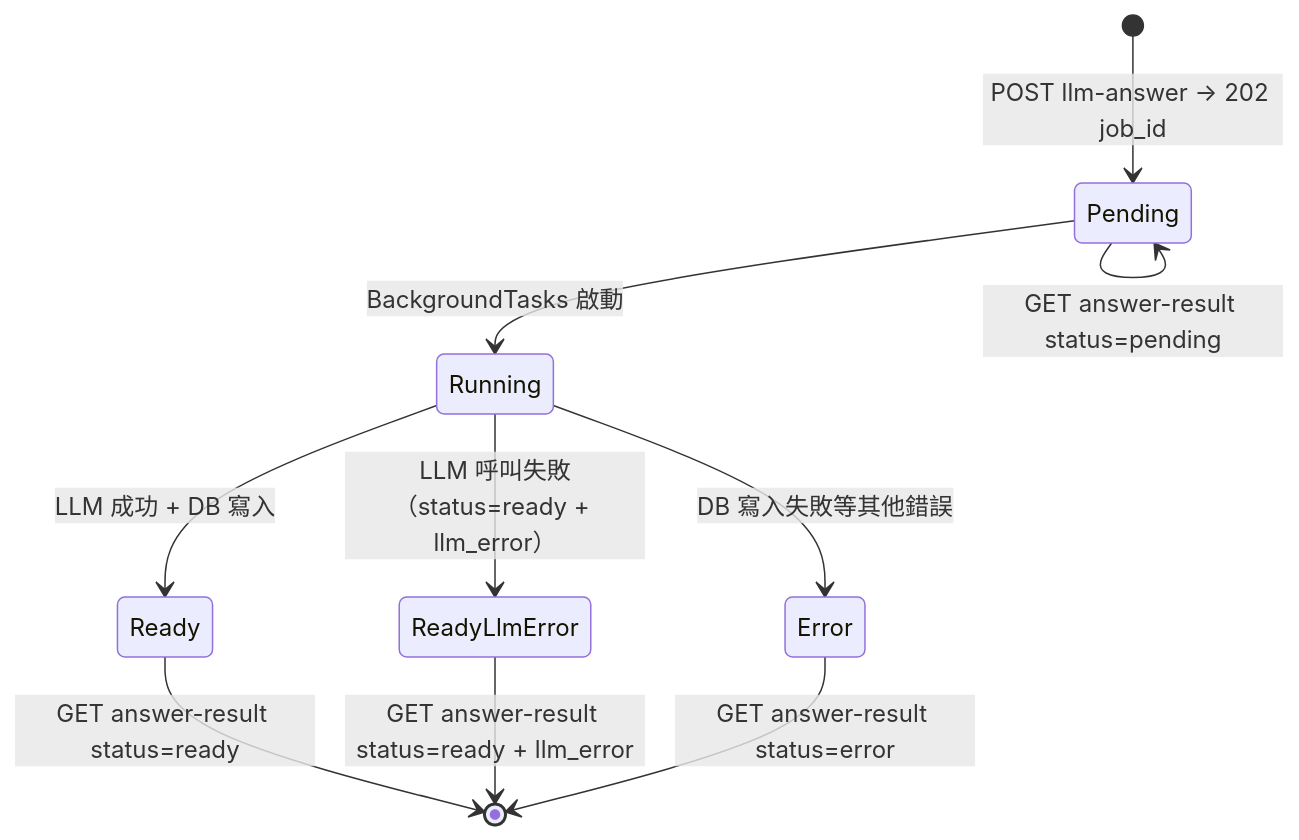
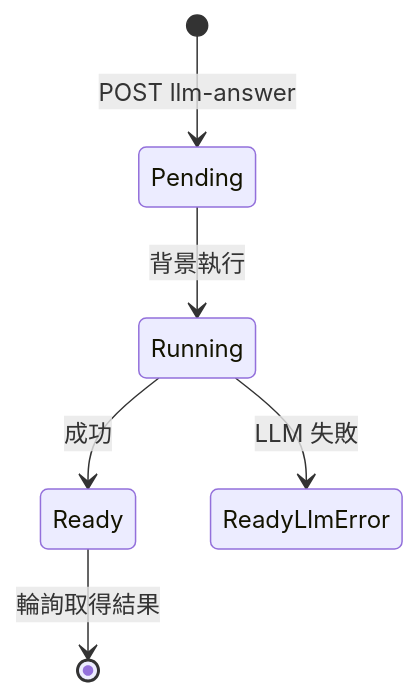
One commit to kevin7261/MyQuiz-ai-backend changed the sixth of 6 diagrams in README.md. Above: the diagram before and after it, drawn with Mermaid. The commit also changed other lines of this file and 5 other files, not shown here.

First line of the commit message:
Update README and Database Schema for Quiz Functionality Enhancements

````diff
--- a/README.md
+++ b/README.md
@@ -533,12 +598,8 @@
 ```mermaid
 stateDiagram-v2
-    [*] --> Pending: POST llm-answer → 202 job_id
-    Pending --> Running: BackgroundTasks 啟動
-    Running --> Ready: LLM 成功 + DB 寫入
-    Running --> ReadyLlmError: LLM 呼叫失敗（status=ready + llm_error）
-    Running --> Error: DB 寫入失敗等其他錯誤
-    Ready --> [*]: GET answer-result status=ready
-    ReadyLlmError --> [*]: GET answer-result status=ready + llm_error
-    Error --> [*]: GET answer-result status=error
-    Pending --> Pending: GET answer-result status=pending
+    [*] --> Pending: POST llm-answer
+    Pending --> Running: 背景執行
+    Running --> Ready: 成功
+    Running --> ReadyLlmError: LLM 失敗
+    Ready --> [*]: 輪詢取得結果
 ```
````
